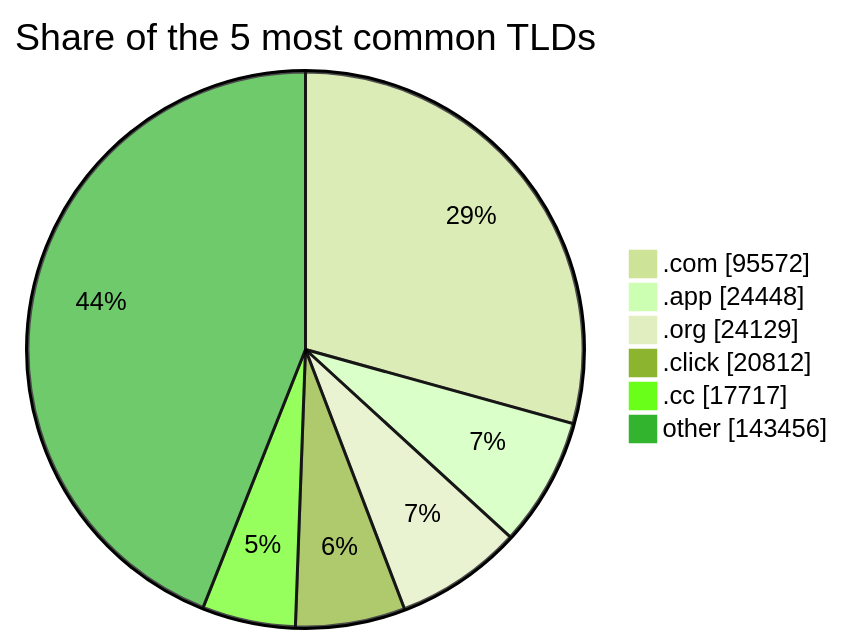
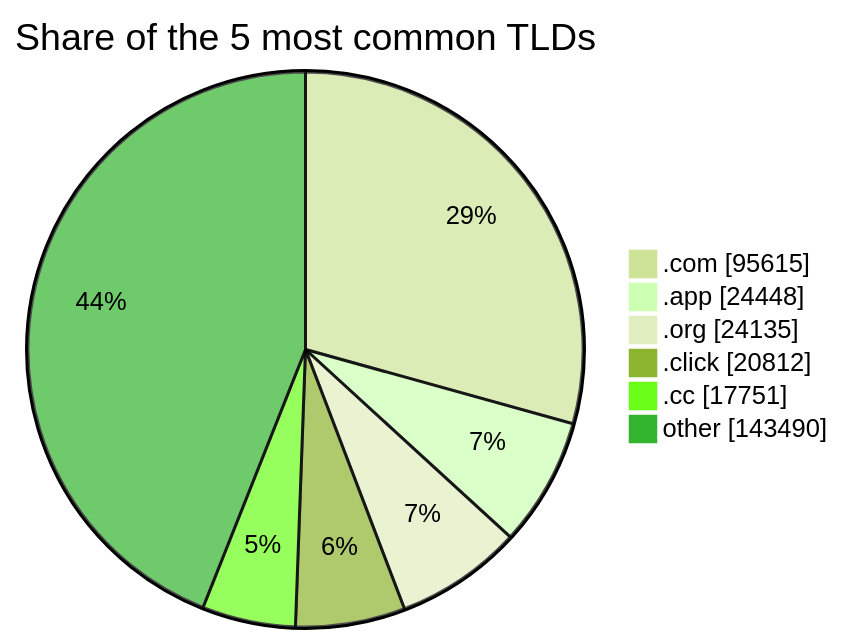
Before and after one commit to DNSBunker/CTI: the third of 3 diagrams in README.md, drawn with Mermaid (forest theme). The commit also changed other lines of this file and 4 other files, not shown here.

````diff
--- a/README.md
+++ b/README.md
@@ -81,9 +81,9 @@
 ```mermaid
 pie showData title Share of the 5 most common TLDs
-    ".com" : 95572
+    ".com" : 95615
     ".app" : 24448
-    ".org" : 24129
+    ".org" : 24135
     ".click" : 20812
-    ".cc" : 17717
-    "other" : 143456
+    ".cc" : 17751
+    "other" : 143490
 ```
````
